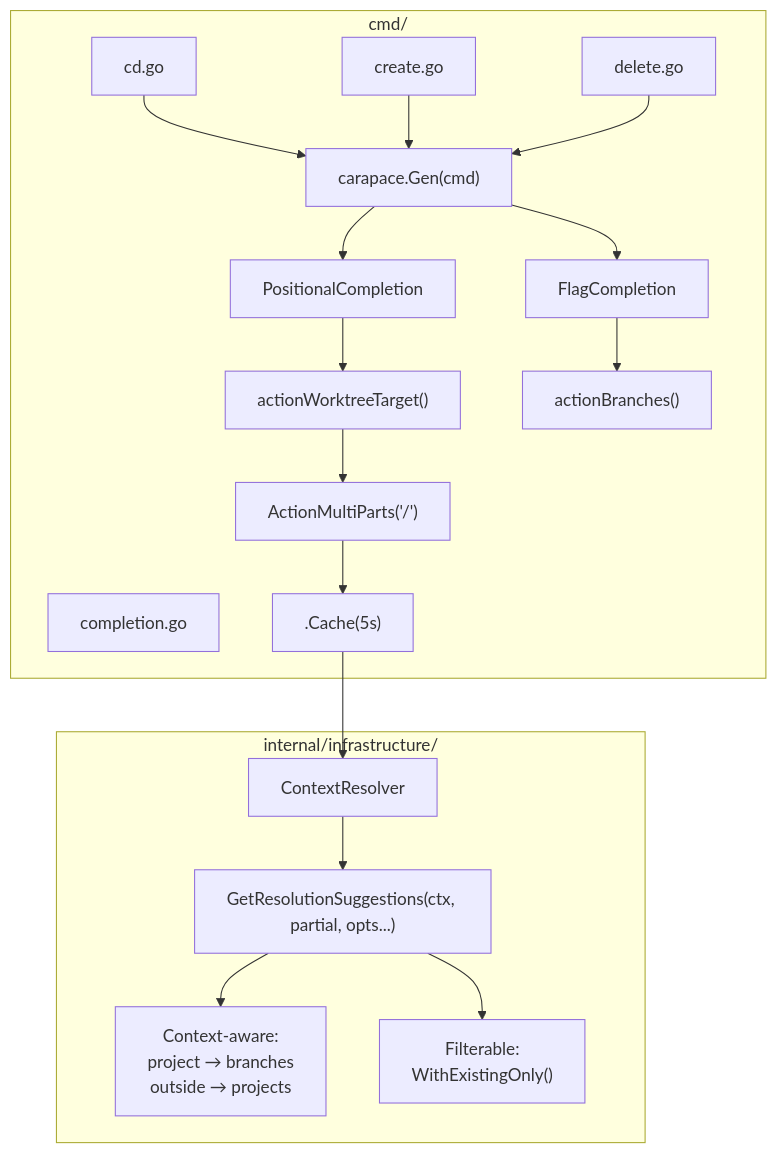
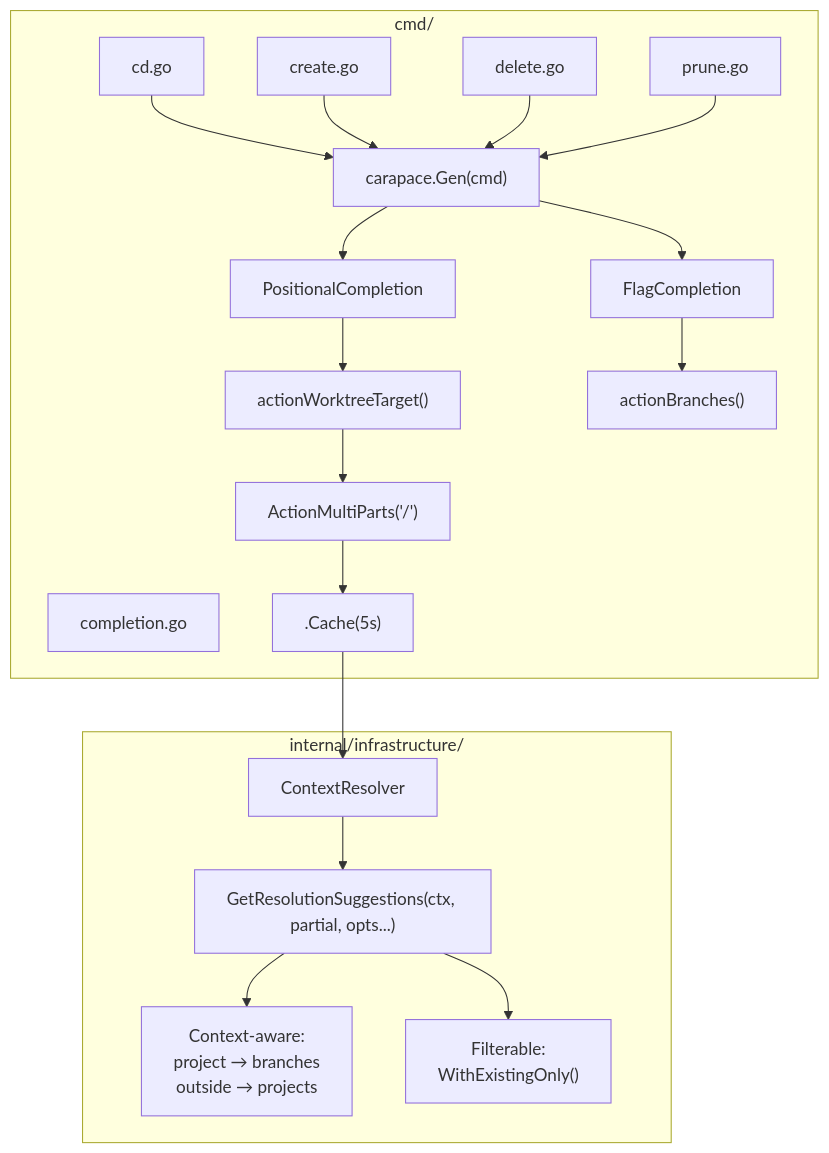
One commit to amauryconstant/twiggit changed the second of 2 diagrams in openspec/changes/add-shell-completion/design.md. Above: the diagram before and after it, drawn with Mermaid. The commit also changed other lines of this file and 4 other files, not shown here.

````diff
--- a/openspec/changes/add-shell-completion/design.md
+++ b/openspec/changes/add-shell-completion/design.md
@@ -189,30 +203,32 @@
 ```mermaid
 flowchart TB
     subgraph cmd["cmd/"]
         cd["cd.go"]
         create["create.go"]
         delete["delete.go"]
+        prune["prune.go"]
         completion["completion.go"]
         
-        cd & create & delete --> carapace["carapace.Gen(cmd)"]
+        cd & create & delete & prune --> carapace["carapace.Gen(cmd)"]
+        
         carapace --> pos["PositionalCompletion"]
         carapace --> flag["FlagCompletion"]
         
         pos --> actionTarget["actionWorktreeTarget()"]
         flag --> actionBranches["actionBranches()"]
         
         actionTarget --> multipart["ActionMultiParts('/')"]
         multipart --> cache[".Cache(5s)"]
     end
     
     subgraph infra["internal/infrastructure/"]
         resolver["ContextResolver"]
         getSuggestions["GetResolutionSuggestions(ctx, partial, opts...)"]
         
         resolver --> getSuggestions
         getSuggestions --> contextAware["Context-aware:<br/>project → branches<br/>outside → projects"]
         getSuggestions --> filterable["Filterable:<br/>WithExistingOnly()"]
     end
     
     cache --> resolver
 ```
````
